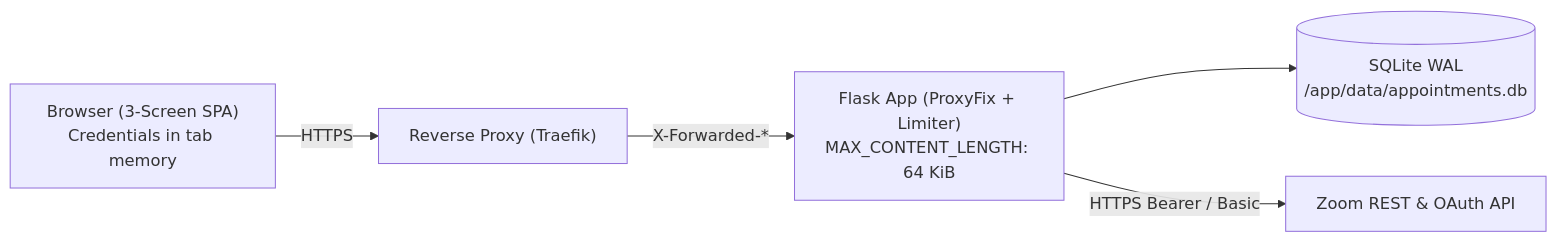
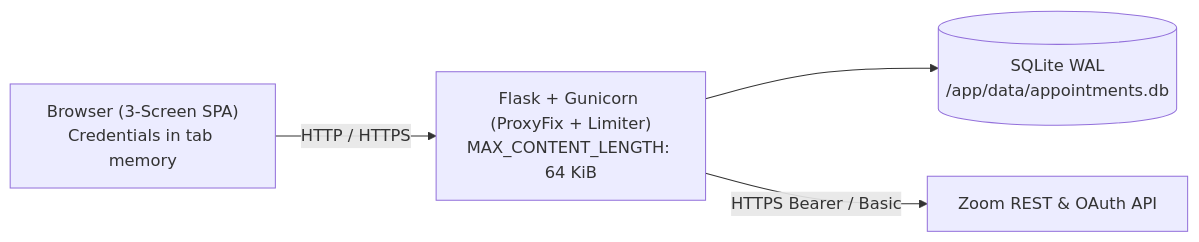
The first of 2 diagrams in ARCHITECTURE.md (corazoncp/zoom-sched-poc), drawn with Mermaid before and after one commit. The commit also changed other lines of this file and 1 other file, not shown here.

First line of the commit message:
docs: decouple architecture and ADR from Traefik/homelab deployment assumptions

````diff
--- a/ARCHITECTURE.md
+++ b/ARCHITECTURE.md
@@ -9,7 +9,6 @@
 ```mermaid
 flowchart LR
-  Browser["Browser (3-Screen SPA)<br/>Credentials in tab memory"] -->|HTTPS| Proxy["Reverse Proxy (Traefik)"]
-  Proxy -->|X-Forwarded-*| Flask["Flask App (ProxyFix + Limiter)<br/>MAX_CONTENT_LENGTH: 64 KiB"]
+  Browser["Browser (3-Screen SPA)<br/>Credentials in tab memory"] -->|HTTP / HTTPS| Flask["Flask + Gunicorn (ProxyFix + Limiter)<br/>MAX_CONTENT_LENGTH: 64 KiB"]
   Flask --> DB[("SQLite WAL<br/>/app/data/appointments.db")]
   Flask -->|HTTPS Bearer / Basic| Zoom["Zoom REST & OAuth API"]
 ```
````
